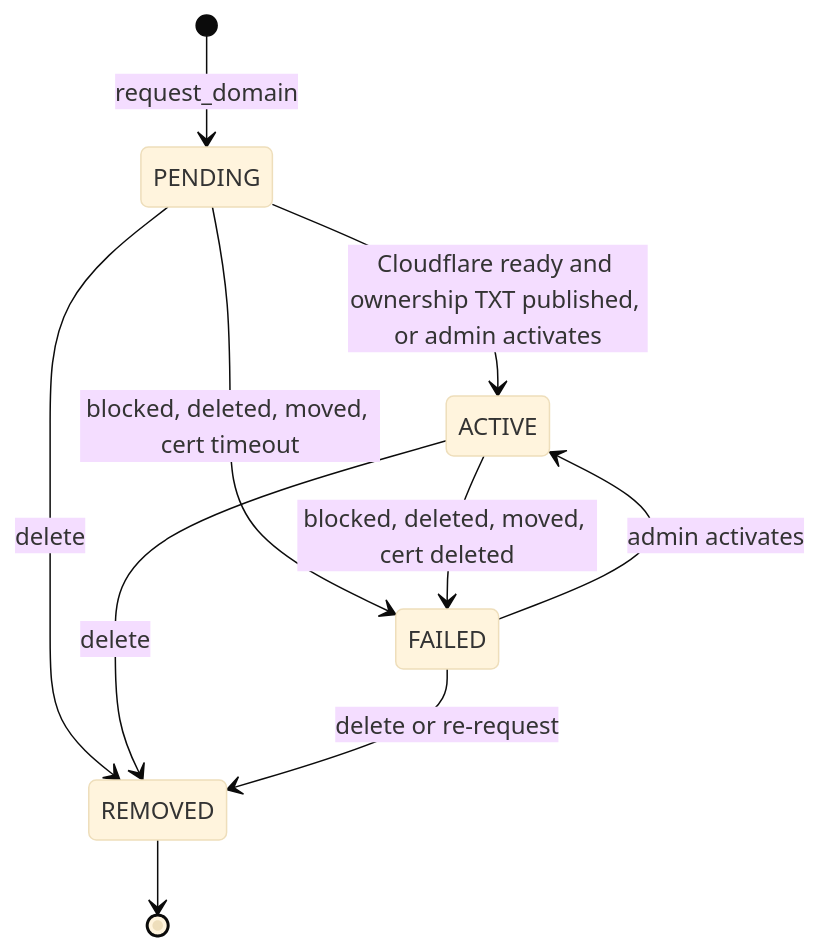
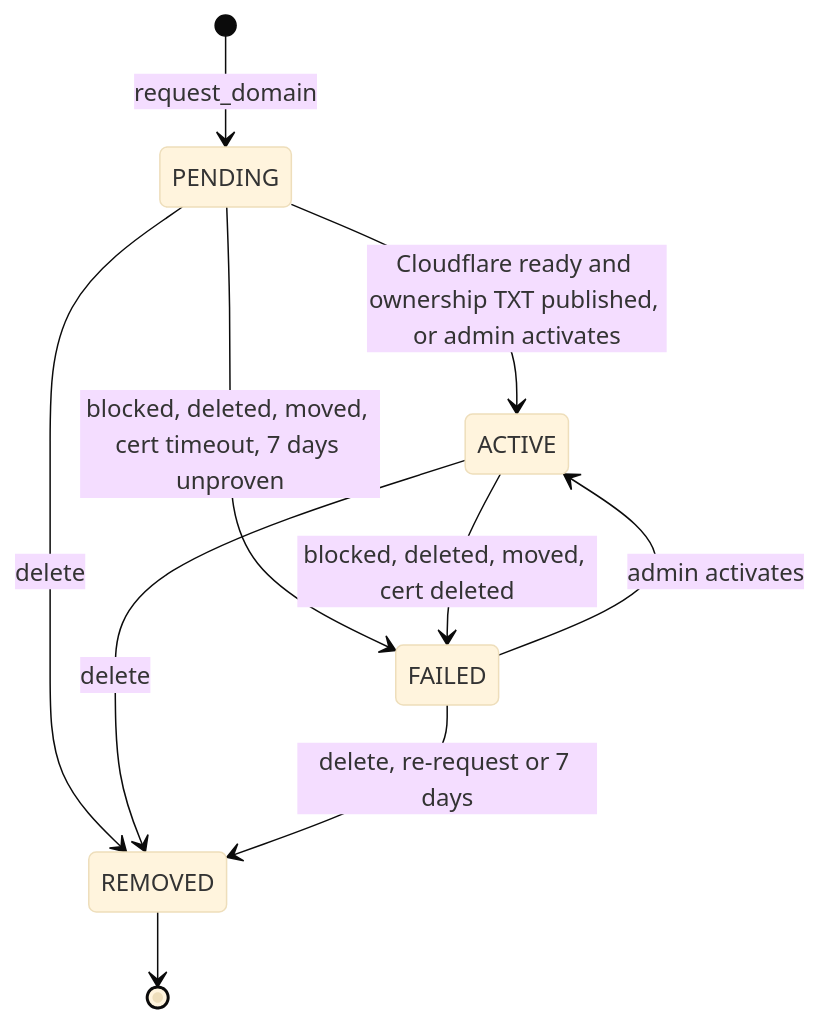
One commit to letsrevel/revel-backend changed the third of 3 diagrams in docs/architecture/white-label.md. Above: the diagram before and after it, drawn with Mermaid (base theme). The commit also changed other lines of this file and 5 other files, not shown here.

````diff
--- a/docs/architecture/white-label.md
+++ b/docs/architecture/white-label.md
@@ -406,12 +406,12 @@
 ```mermaid
 stateDiagram-v2
     [*] --> PENDING: request_domain
     PENDING --> ACTIVE: Cloudflare ready and ownership TXT published, or admin activates
-    PENDING --> FAILED: blocked, deleted, moved, cert timeout
+    PENDING --> FAILED: blocked, deleted, moved, cert timeout, 7 days unproven
     ACTIVE --> FAILED: blocked, deleted, moved, cert deleted
     FAILED --> ACTIVE: admin activates
     PENDING --> REMOVED: delete
     ACTIVE --> REMOVED: delete
-    FAILED --> REMOVED: delete or re-request
+    FAILED --> REMOVED: delete, re-request or 7 days
     REMOVED --> [*]
 ```
````
